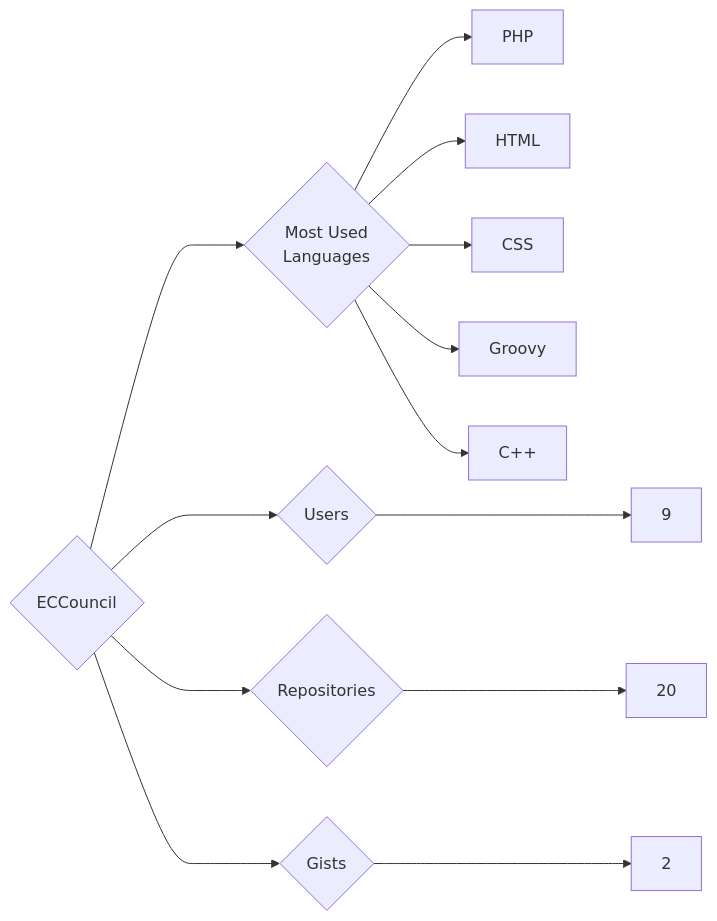
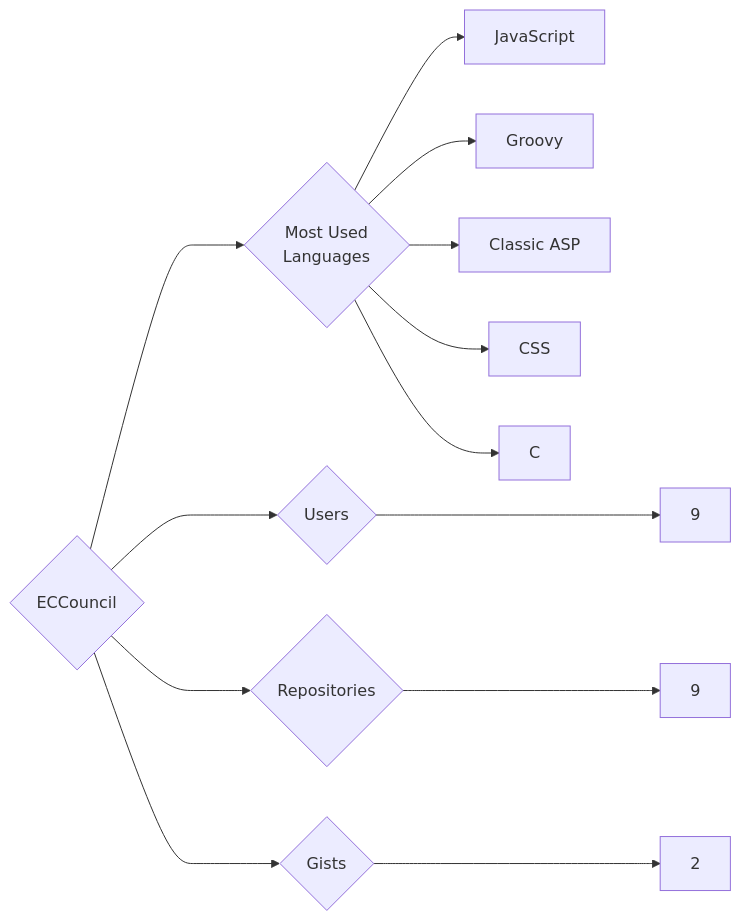
One commit to trickest/insiders changed the diagram in targets/ECCouncil/README.md. Above: the diagram before and after it, drawn with Mermaid. The commit also changed 993 other files, not shown here.

````diff
--- a/targets/ECCouncil/README.md
+++ b/targets/ECCouncil/README.md
@@ -3,13 +3,13 @@
 ```mermaid
 graph LR
 COMPANY_NAME{ECCouncil}
 COMPANY_NAME ---> U{Users} ---> UN[9]
-COMPANY_NAME ---> R{Repositories} ---> RN[20]
+COMPANY_NAME ---> R{Repositories} ---> RN[9]
 COMPANY_NAME ---> G{Gists} ---> GN[2]
 COMPANY_NAME ---> ML{Most Used<br>Languages}
-ML --> PHP[PHP]
-ML --> HTML[HTML]
+ML --> JavaScript[JavaScript]
+ML --> Groovy[Groovy]
+ML --> Classic_ASP[Classic ASP]
 ML --> CSS[CSS]
-ML --> Groovy[Groovy]
-ML --> C++[C++]
+ML --> C[C]
 ```
````
